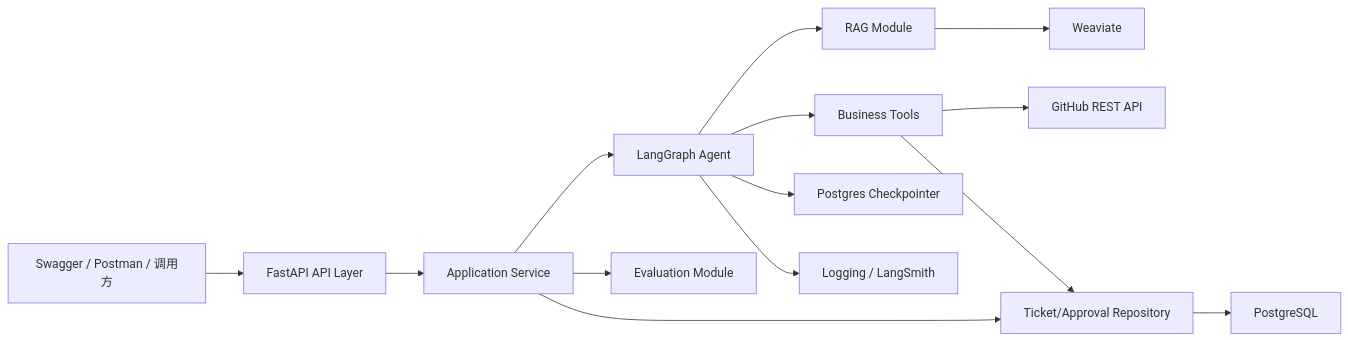
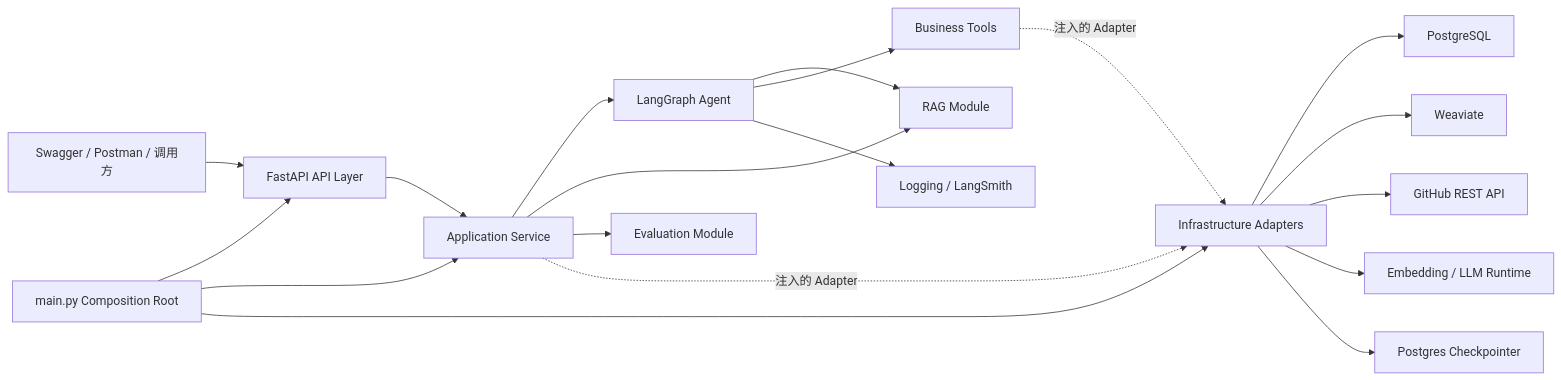
The diagram in docs/02-系统架构与模块边界.md (xixi131/EvidenceDesk-Agent), drawn with Mermaid before and after one commit. The commit also changed other lines of this file and 13 other files, not shown here.

````diff
--- a/docs/02-系统架构与模块边界.md
+++ b/docs/02-系统架构与模块边界.md
@@ -19,16 +19,21 @@
 ```mermaid
 graph LR
     Client[Swagger / Postman / 调用方] --> API[FastAPI API Layer]
-    API --> App[Application Service]
+    Main[main.py Composition Root] --> API
+    Main --> App[Application Service]
+    Main --> Infra[Infrastructure Adapters]
+    API --> App
     App --> Graph[LangGraph Agent]
-    Graph --> RAG[RAG Module]
+    App --> RAG[RAG Module]
+    App --> Eval[Evaluation Module]
+    Graph --> RAG
     Graph --> Tools[Business Tools]
-    Graph --> Checkpoint[Postgres Checkpointer]
-    RAG --> VectorDB[Weaviate]
-    Tools --> GitHubAPI[GitHub REST API]
-    Tools --> Repo[Ticket/Approval Repository]
-    App --> Repo
-    Repo --> PG[PostgreSQL]
-    App --> Eval[Evaluation Module]
+    App -. 注入的 Adapter .-> Infra
+    Tools -. 注入的 Adapter .-> Infra
+    Infra --> PG[PostgreSQL]
+    Infra --> VectorDB[Weaviate]
+    Infra --> GitHubAPI[GitHub REST API]
+    Infra --> ModelRuntime[Embedding / LLM Runtime]
+    Infra --> Checkpoint[Postgres Checkpointer]
     Graph --> Trace[Logging / LangSmith]
 ```
````
